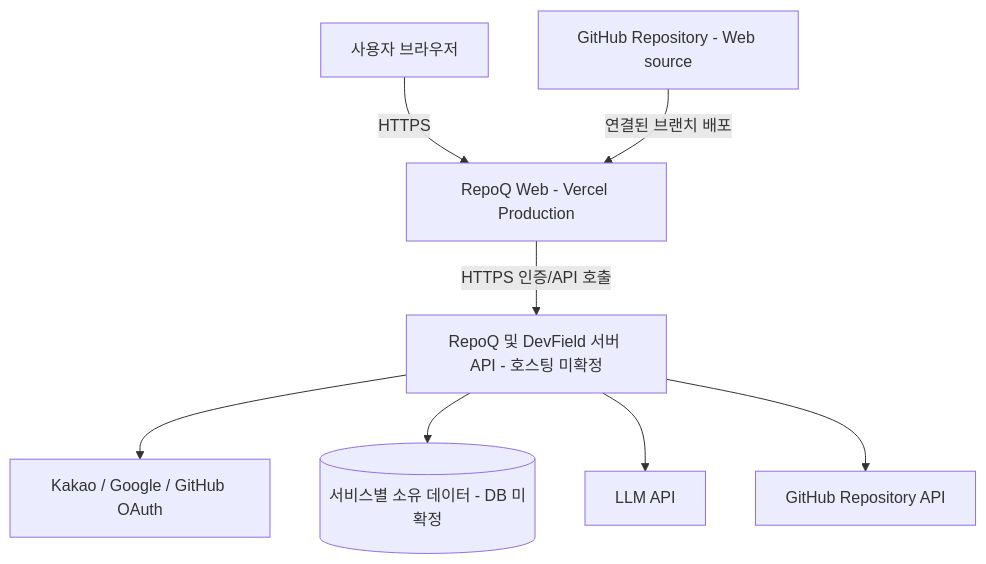
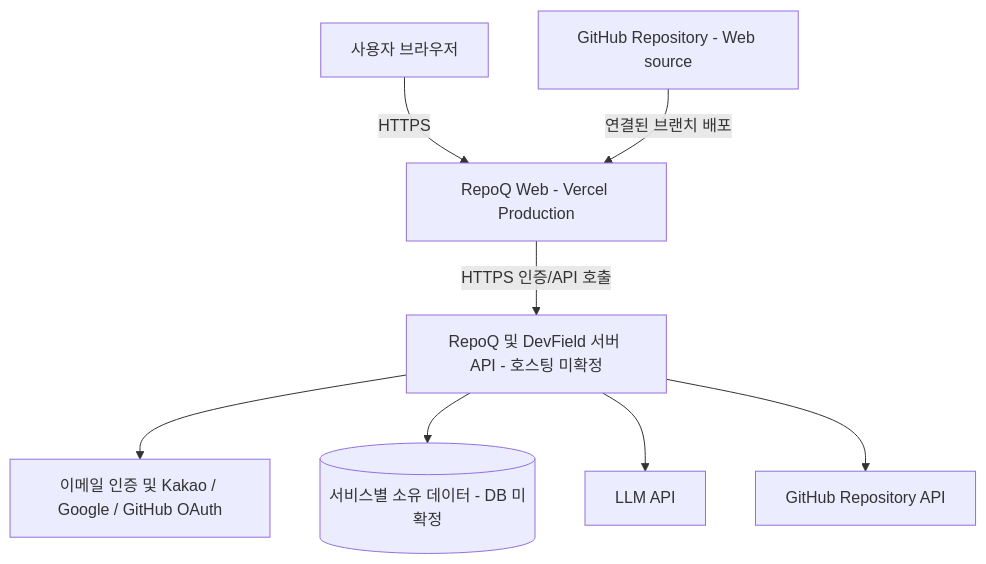
The fifth of 5 diagrams in docs/products/repoq/PRD.md (thedevfield/DevField-Platform), drawn with Mermaid before and after one commit. The commit also changed other lines of this file and 3 other files, not shown here.

````diff
--- a/docs/products/repoq/PRD.md
+++ b/docs/products/repoq/PRD.md
@@ -618,10 +645,10 @@
 ```mermaid
 flowchart TD
     U[사용자 브라우저] -->|HTTPS| W[RepoQ Web - Vercel Production]
     GH[GitHub Repository - Web source] -->|연결된 브랜치 배포| W
     W -->|HTTPS 인증/API 호출| API[RepoQ 및 DevField 서버 API - 호스팅 미확정]
-    API --> IDP[Kakao / Google / GitHub OAuth]
+    API --> IDP[이메일 인증 및 Kakao / Google / GitHub OAuth]
     API --> DATA[(서비스별 소유 데이터 - DB 미확정)]
     API --> LLM[LLM API]
     API --> GITHUB[GitHub Repository API]
 ```
````
